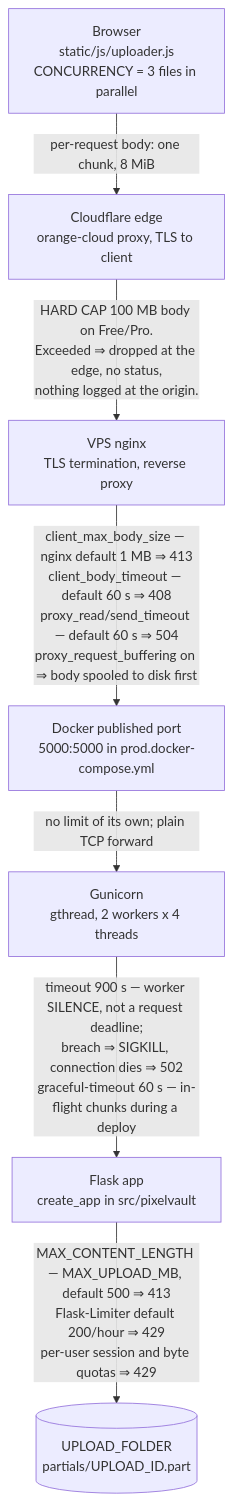
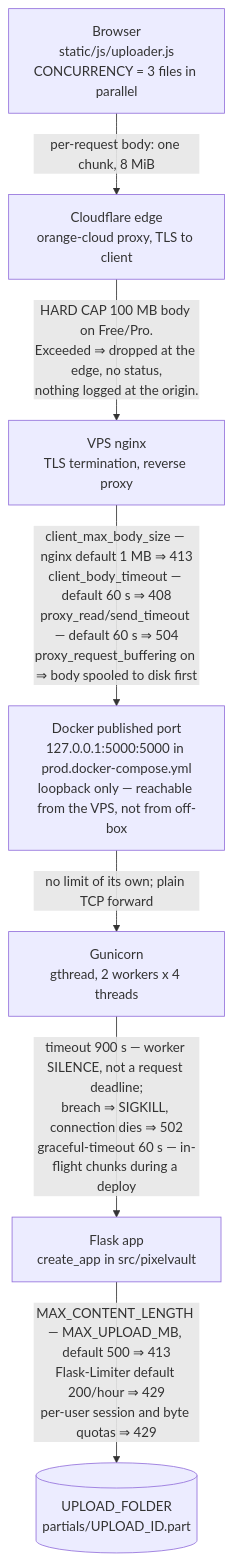
One commit to gfvandehei/PixelVault changed the second of 4 diagrams in docs/upload_operations.md. Above: the diagram before and after it, drawn with Mermaid. The commit also changed other lines of this file and 12 other files, not shown here.

````diff
--- a/docs/upload_operations.md
+++ b/docs/upload_operations.md
@@ -98,17 +98,17 @@
 ```mermaid
 flowchart TD
     B["Browser<br/>static/js/uploader.js<br/>CONCURRENCY = 3 files in parallel"]
     CF["Cloudflare edge<br/>orange-cloud proxy, TLS to client"]
     NG["VPS nginx<br/>TLS termination, reverse proxy"]
-    DP["Docker published port<br/>5000:5000 in prod.docker-compose.yml"]
+    DP["Docker published port<br/>127.0.0.1:5000:5000 in prod.docker-compose.yml<br/>loopback only — reachable from the VPS, not from off-box"]
     GU["Gunicorn<br/>gthread, 2 workers x 4 threads"]
     FL["Flask app<br/>create_app in src/pixelvault"]
     DK[("UPLOAD_FOLDER<br/>partials/UPLOAD_ID.part")]
 
     B -->|"per-request body: one chunk, 8 MiB"| CF
     CF -->|"HARD CAP 100 MB body on Free/Pro.<br/>Exceeded ⇒ dropped at the edge, no status,<br/>nothing logged at the origin."| NG
     NG -->|"client_max_body_size — nginx default 1 MB ⇒ 413<br/>client_body_timeout — default 60 s ⇒ 408<br/>proxy_read/send_timeout — default 60 s ⇒ 504<br/>proxy_request_buffering on ⇒ body spooled to disk first"| DP
     DP -->|"no limit of its own; plain TCP forward"| GU
     GU -->|"timeout 900 s — worker SILENCE, not a request deadline;<br/>breach ⇒ SIGKILL, connection dies ⇒ 502<br/>graceful-timeout 60 s — in-flight chunks during a deploy"| FL
     FL -->|"MAX_CONTENT_LENGTH — MAX_UPLOAD_MB, default 500 ⇒ 413<br/>Flask-Limiter default 200/hour ⇒ 429<br/>per-user session and byte quotas ⇒ 429"| DK
 ```
````
